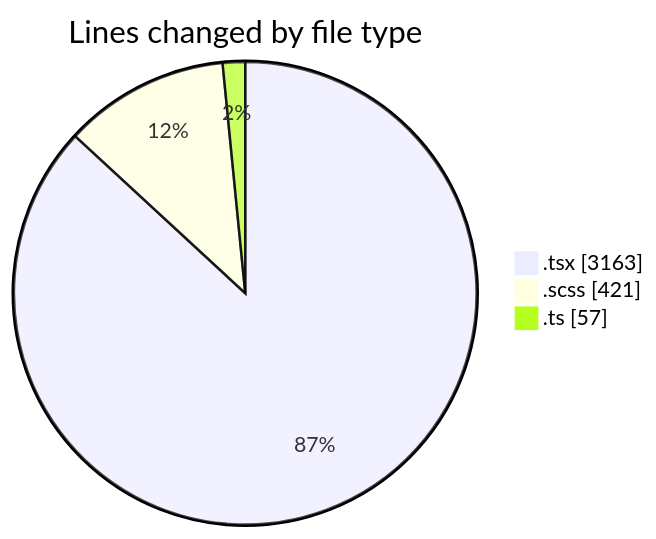
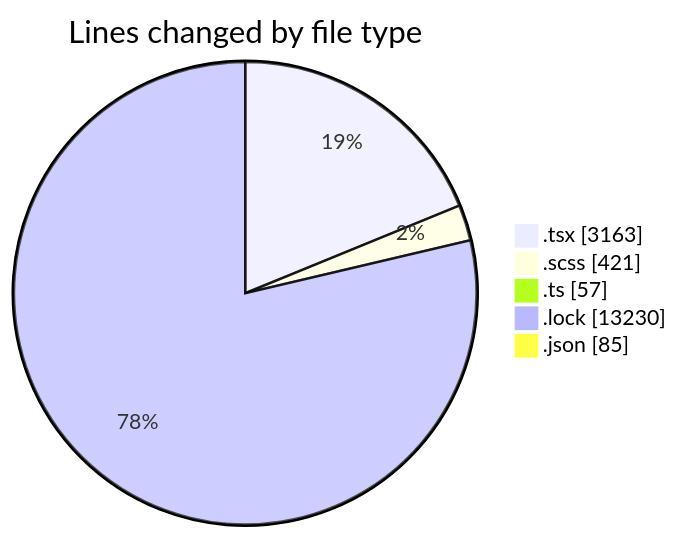
The first of 2 diagrams in 2025-10-01/cda/README.md (momahboobian/code-tracking), drawn with Mermaid before and after one commit. The commit also changed other lines of this file and 1 other file, not shown here.

````diff
--- a/2025-10-01/cda/README.md
+++ b/2025-10-01/cda/README.md
@@ -27,7 +29,9 @@
 ```mermaid
 pie showData
 title Lines changed by file type
 ".tsx" : 3163
 ".scss" : 421
 ".ts" : 57
+".lock" : 13230
+".json" : 85
 ```
````
